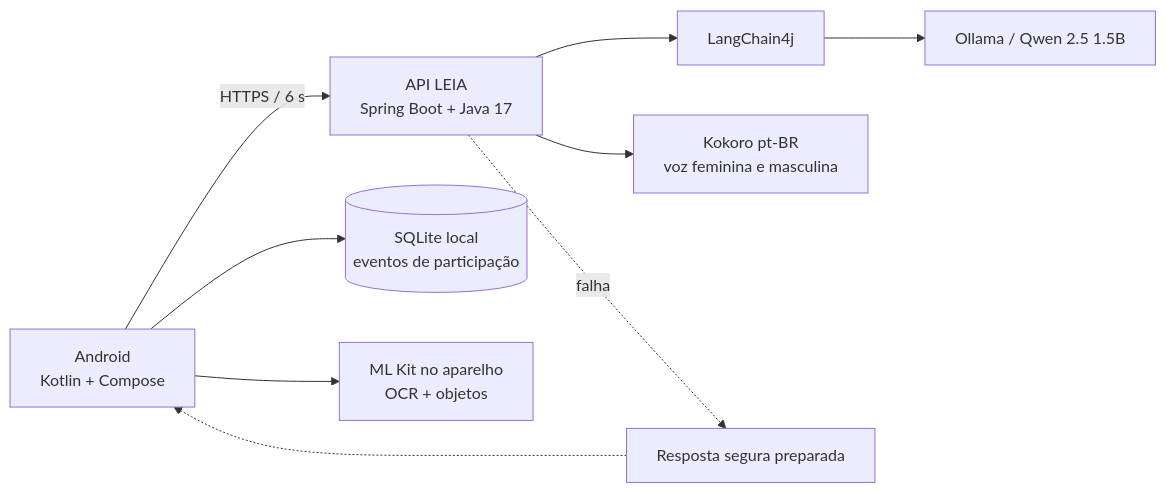
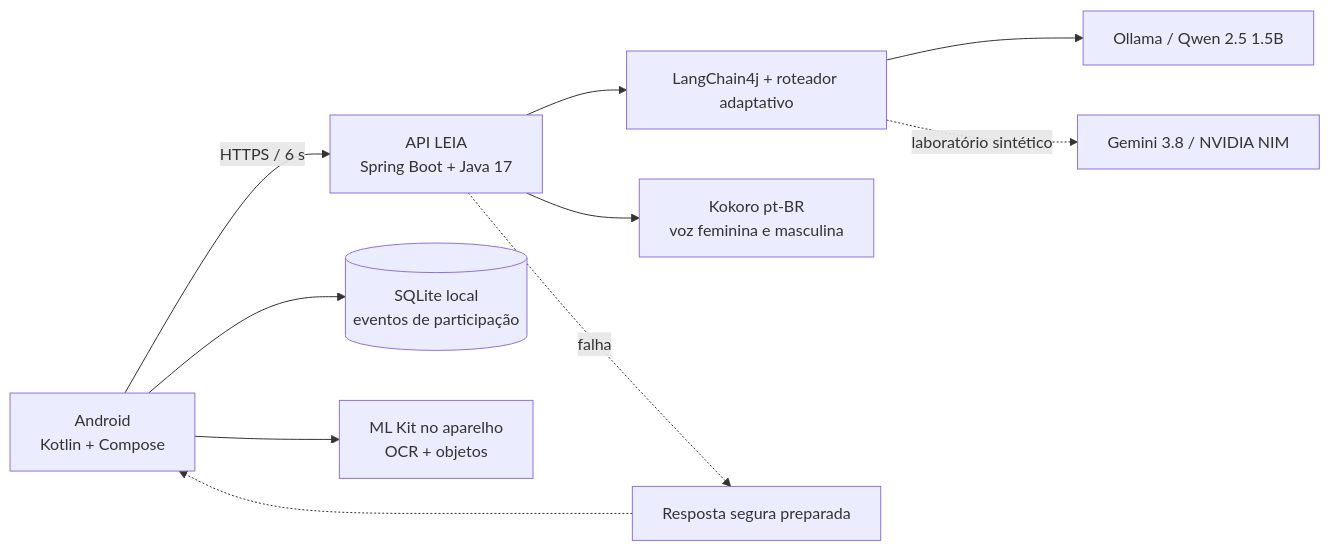
One commit to Victorzinn704/InterpretaAI changed the diagram in README.md. Above: the diagram before and after it, drawn with Mermaid. The commit also changed other lines of this file and 25 other files, not shown here.

````diff
--- a/README.md
+++ b/README.md
@@ -138,11 +138,12 @@
 ```mermaid
 flowchart LR
     A[Android\nKotlin + Compose] -->|HTTPS / 6 s| B[API LEIA\nSpring Boot + Java 17]
     A --> C[(SQLite local\neventos de participação)]
     A --> D[ML Kit no aparelho\nOCR + objetos]
-    B --> E[LangChain4j]
+    B --> E[LangChain4j + roteador adaptativo]
     E --> F[Ollama / Qwen 2.5 1.5B]
+    E -. laboratório sintético .-> I[Gemini 3.8 / NVIDIA NIM]
     B --> G[Kokoro pt-BR\nvoz feminina e masculina]
     B -. falha .-> H[Resposta segura preparada]
     H -.-> A
 ```
````
